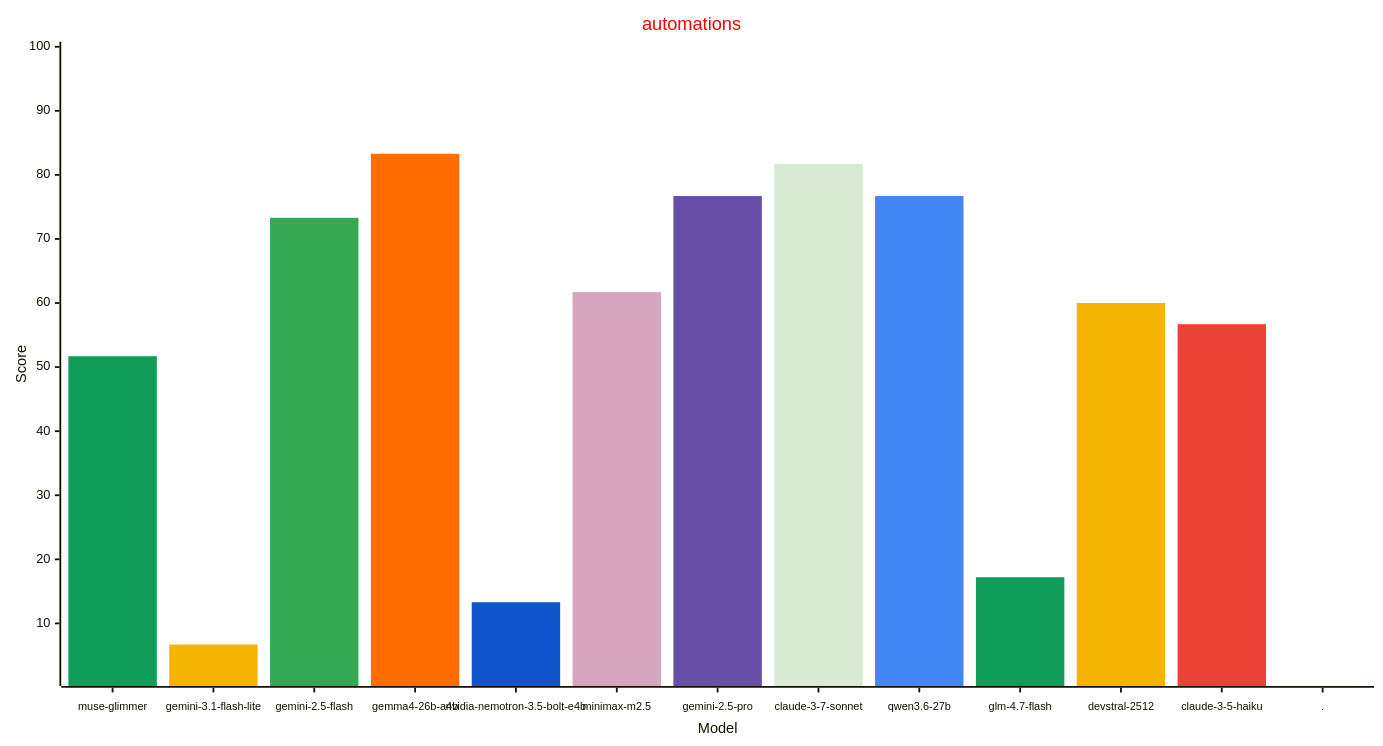
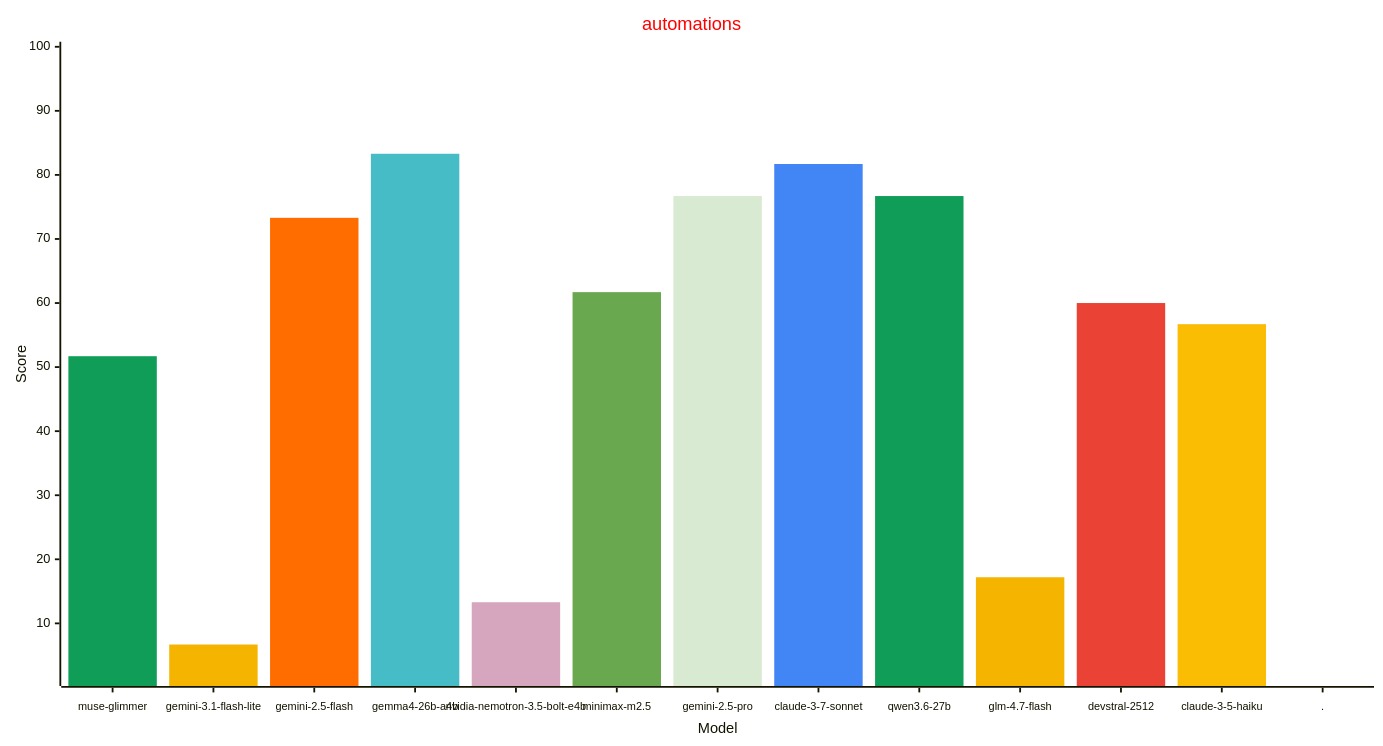
The fourth of 4 diagrams in reports/README.md (allenporter/home-assistant-datasets), drawn with Mermaid before and after one commit. The commit also changed other lines of this file, not shown here.

````diff
--- a/reports/README.md
+++ b/reports/README.md
@@ -236,33 +237,33 @@
 ```mermaid
 ---
 config:
     xyChart:
         width: 1500
         height: 800
         xAxis:
           labelFontSize: 12
           labelPadding: 8
     themeVariables:
         xyChart:
             titleColor: "#ff0000"
-            plotColorPalette: "#0f9d58, #f4b400, #34a853, #ff6d01, #1155cc, #d5a6bd, #674ea7, #d9ead3, #4285f4, #0f9d58, #f4b400, #ea4335, #4285f4"
+            plotColorPalette: "#0f9d58, #f4b400, #ff6d01, #46bdc6, #d5a6bd, #6aa84f, #d9ead3, #4285f4, #0f9d58, #f4b400, #ea4335, #fbbc04, #4285f4"
 
 ---
 xychart-beta
   title "automations"
   x-axis "Model" [muse-glimmer, gemini-3.1-flash-lite, gemini-2.5-flash, gemma4-26b-a4b, nvidia-nemotron-3.5-bolt-e4b, minimax-m2.5, gemini-2.5-pro, claude-3-7-sonnet, qwen3.6-27b, glm-4.7-flash, devstral-2512, claude-3-5-haiku, .]
   y-axis "Score" 1 --> 100
   bar [51.7, 0.0, 0.0, 0.0, 0.0, 0.0, 0.0, 0.0, 0.0, 0.0, 0.0, 0.0, 0.0]
   bar [0.0, 6.7, 0.0, 0.0, 0.0, 0.0, 0.0, 0.0, 0.0, 0.0, 0.0, 0.0, 0.0]
   bar [0.0, 0.0, 73.3, 0.0, 0.0, 0.0, 0.0, 0.0, 0.0, 0.0, 0.0, 0.0, 0.0]
   bar [0.0, 0.0, 0.0, 83.3, 0.0, 0.0, 0.0, 0.0, 0.0, 0.0, 0.0, 0.0, 0.0]
   bar [0.0, 0.0, 0.0, 0.0, 13.3, 0.0, 0.0, 0.0, 0.0, 0.0, 0.0, 0.0, 0.0]
   bar [0.0, 0.0, 0.0, 0.0, 0.0, 61.7, 0.0, 0.0, 0.0, 0.0, 0.0, 0.0, 0.0]
   bar [0.0, 0.0, 0.0, 0.0, 0.0, 0.0, 76.7, 0.0, 0.0, 0.0, 0.0, 0.0, 0.0]
   bar [0.0, 0.0, 0.0, 0.0, 0.0, 0.0, 0.0, 81.7, 0.0, 0.0, 0.0, 0.0, 0.0]
   bar [0.0, 0.0, 0.0, 0.0, 0.0, 0.0, 0.0, 0.0, 76.7, 0.0, 0.0, 0.0, 0.0]
   bar [0.0, 0.0, 0.0, 0.0, 0.0, 0.0, 0.0, 0.0, 0.0, 17.2, 0.0, 0.0, 0.0]
   bar [0.0, 0.0, 0.0, 0.0, 0.0, 0.0, 0.0, 0.0, 0.0, 0.0, 60.0, 0.0, 0.0]
   bar [0.0, 0.0, 0.0, 0.0, 0.0, 0.0, 0.0, 0.0, 0.0, 0.0, 0.0, 56.7, 0.0]
   bar [0.0, 0.0, 0.0, 0.0, 0.0, 0.0, 0.0, 0.0, 0.0, 0.0, 0.0, 0.0, -1.0]
 ```
````
